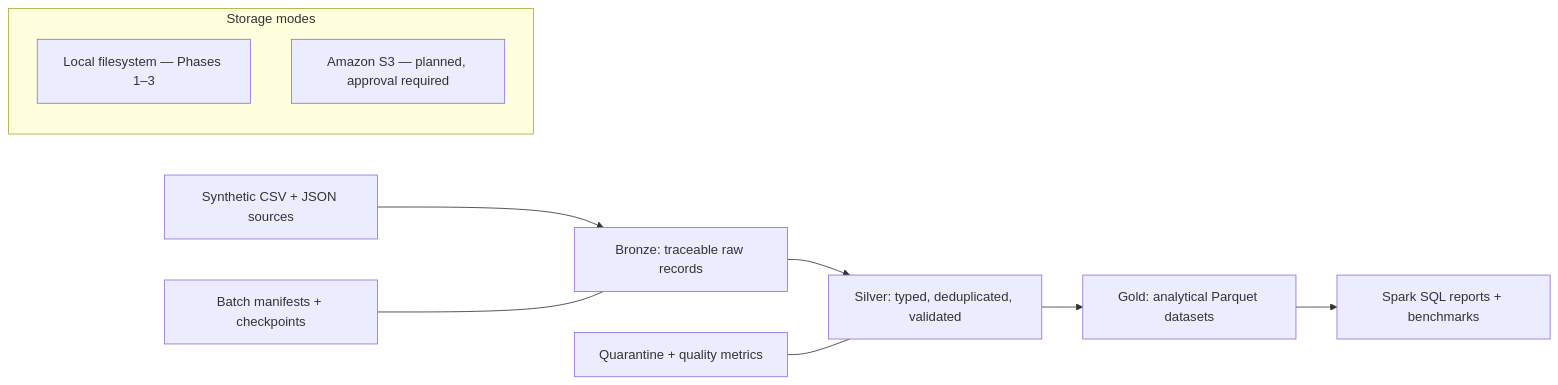
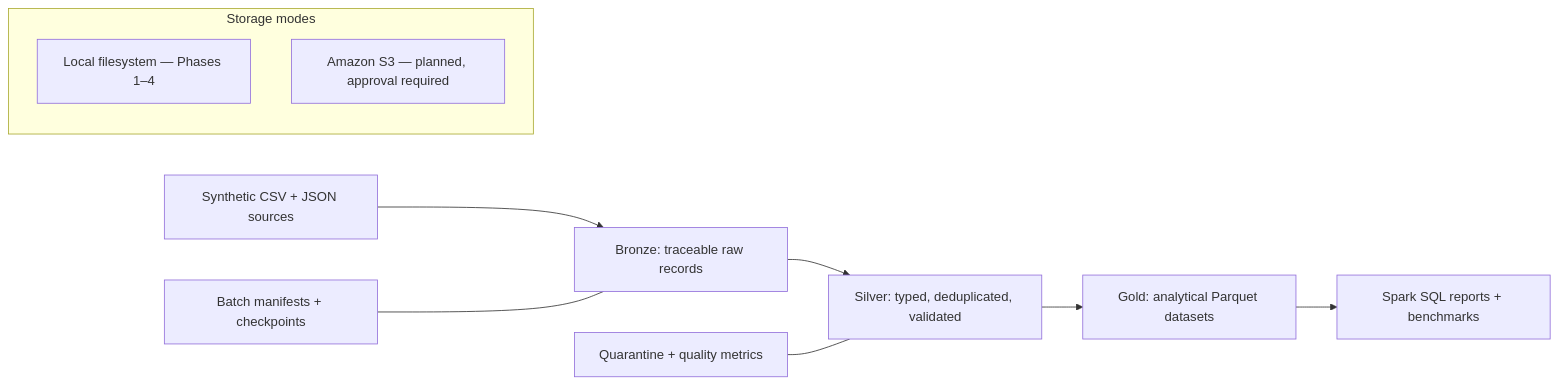
The diagram in README.md (ZohairShakir/Distributed-E-Commerce-Analytics-Data-Lake), drawn with Mermaid before and after one commit. The commit also changed other lines of this file and 10 other files, not shown here.

````diff
--- a/README.md
+++ b/README.md
@@ -13,14 +13,14 @@
 ```mermaid
 flowchart LR
     A["Synthetic CSV + JSON sources"] --> B["Bronze: traceable raw records"]
     B --> C["Silver: typed, deduplicated, validated"]
     C --> D["Gold: analytical Parquet datasets"]
     D --> E["Spark SQL reports + benchmarks"]
     Q["Quarantine + quality metrics"] --- C
     M["Batch manifests + checkpoints"] --- B
 
     subgraph Storage modes
-      L["Local filesystem — Phases 1–3"]
+      L["Local filesystem — Phases 1–4"]
       S["Amazon S3 — planned, approval required"]
     end
 ```
````
